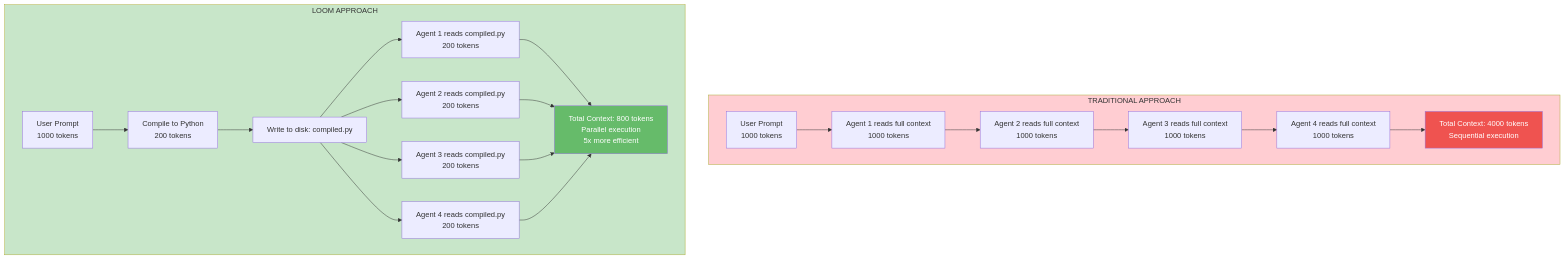
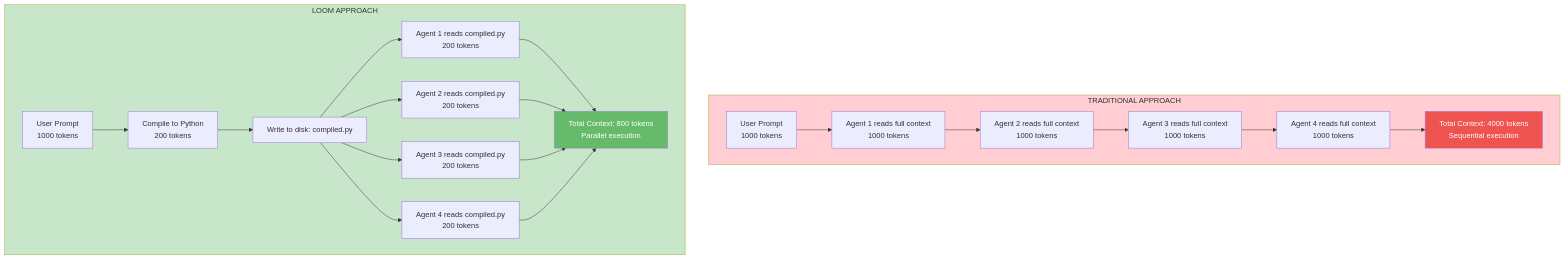
Before and after one commit to steelheadforever/Loom: the seventh of 9 diagrams in DIAGRAMS.md, drawn with Mermaid. The commit also changed other lines of this file and 9 other files, not shown here.

````diff
--- a/DIAGRAMS.md
+++ b/DIAGRAMS.md
@@ -309,33 +287,33 @@
 ```mermaid
 graph TB
     subgraph Traditional["TRADITIONAL APPROACH"]
         T1[User Prompt<br/>1000 tokens]
         T2[Agent 1 reads full context<br/>1000 tokens]
         T3[Agent 2 reads full context<br/>1000 tokens]
         T4[Agent 3 reads full context<br/>1000 tokens]
         T5[Agent 4 reads full context<br/>1000 tokens]
         T_Total["Total Context: 4000 tokens<br/>Sequential execution"]
 
         T1 --> T2 --> T3 --> T4 --> T5 --> T_Total
     end
 
     subgraph Loom["LOOM APPROACH"]
         L1[User Prompt<br/>1000 tokens]
         L2[Compile to Python<br/>200 tokens]
         L3[Write to disk: compiled.py]
         L4[Agent 1 reads compiled.py<br/>200 tokens]
         L5[Agent 2 reads compiled.py<br/>200 tokens]
         L6[Agent 3 reads compiled.py<br/>200 tokens]
         L7[Agent 4 reads compiled.py<br/>200 tokens]
-        L_Total["Total Context: 800 tokens<br/>Parallel execution<br/>5x more efficient"]
+        L_Total["Total Context: 800 tokens<br/>Parallel execution"]
 
         L1 --> L2 --> L3
         L3 --> L4 & L5 & L6 & L7
         L4 & L5 & L6 & L7 --> L_Total
     end
 
     style Traditional fill:#ffcdd2
     style Loom fill:#c8e6c9
     style T_Total fill:#ef5350,color:#fff
     style L_Total fill:#66bb6a,color:#fff
 ```
````
